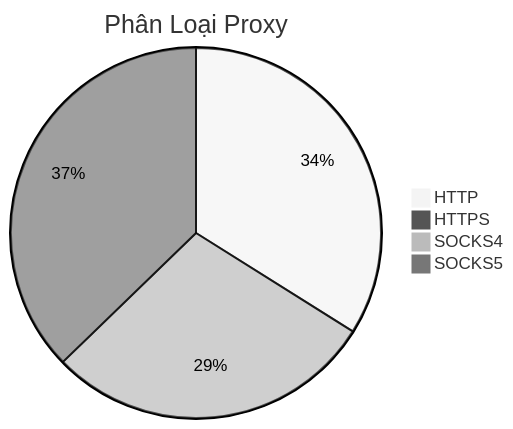
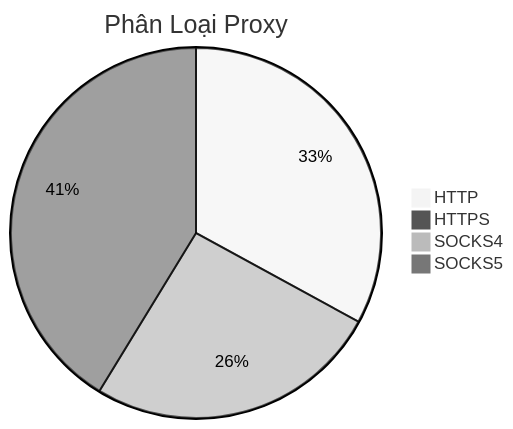
The diagram in README.md (Ciara-Aa/PROXY-free), drawn with Mermaid (neutral theme) before and after one commit. The commit also changed other lines of this file and 4 other files, not shown here.

````diff
--- a/README.md
+++ b/README.md
@@ -26,7 +26,7 @@
 ```mermaid
 pie title Phân Loại Proxy
-    "HTTP" : 367
-    "HTTPS" : 3
-    "SOCKS4" : 312
-    "SOCKS5" : 403
+    "HTTP" : 468
+    "HTTPS" : 2
+    "SOCKS4" : 366
+    "SOCKS5" : 586
 ```
````
